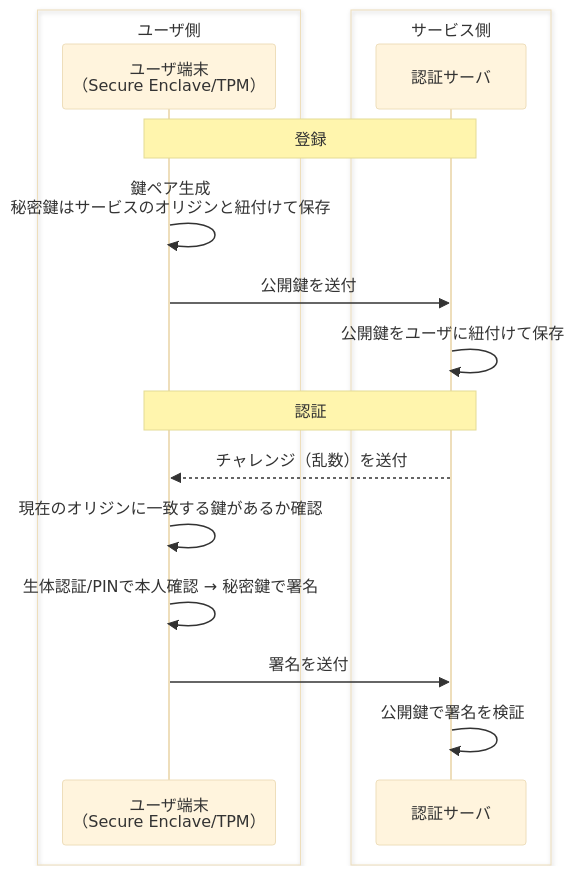
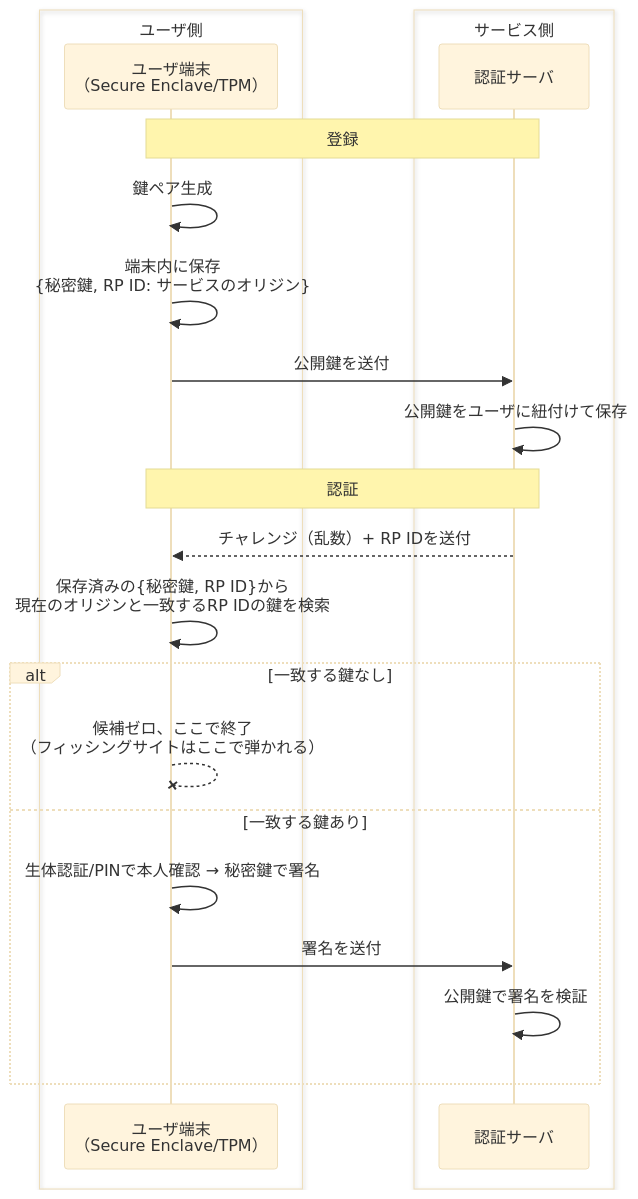
Before and after one commit to Bassiy/share_knowledge: the diagram in concepts/passkey.md, drawn with Mermaid (base theme). The commit also changed 12 other files, not shown here.

````diff
--- a/concepts/passkey.md
+++ b/concepts/passkey.md
@@ -12,21 +12,26 @@
 ```mermaid
 sequenceDiagram
     box ユーザ側
     participant Device as ユーザ端末<br/>（Secure Enclave/TPM）
     end
     box サービス側
     participant Server as 認証サーバ
     end
 
     Note over Device,Server: 登録
-    Device->>Device: 鍵ペア生成<br/>秘密鍵はサービスのオリジンと紐付けて保存
+    Device->>Device: 鍵ペア生成
+    Device->>Device: 端末内に保存<br/>{秘密鍵, RP ID: サービスのオリジン}
     Device->>Server: 公開鍵を送付
     Server->>Server: 公開鍵をユーザに紐付けて保存
 
     Note over Device,Server: 認証
-    Server-->>Device: チャレンジ（乱数）を送付
-    Device->>Device: 現在のオリジンに一致する鍵があるか確認
-    Device->>Device: 生体認証/PINで本人確認 → 秘密鍵で署名
-    Device->>Server: 署名を送付
-    Server->>Server: 公開鍵で署名を検証
+    Server-->>Device: チャレンジ（乱数）+ RP IDを送付
+    Device->>Device: 保存済みの{秘密鍵, RP ID}から<br/>現在のオリジンと一致するRP IDの鍵を検索
+    alt 一致する鍵なし
+        Device--xDevice: 候補ゼロ、ここで終了<br/>（フィッシングサイトはここで弾かれる）
+    else 一致する鍵あり
+        Device->>Device: 生体認証/PINで本人確認 → 秘密鍵で署名
+        Device->>Server: 署名を送付
+        Server->>Server: 公開鍵で署名を検証
+    end
 ```
````
